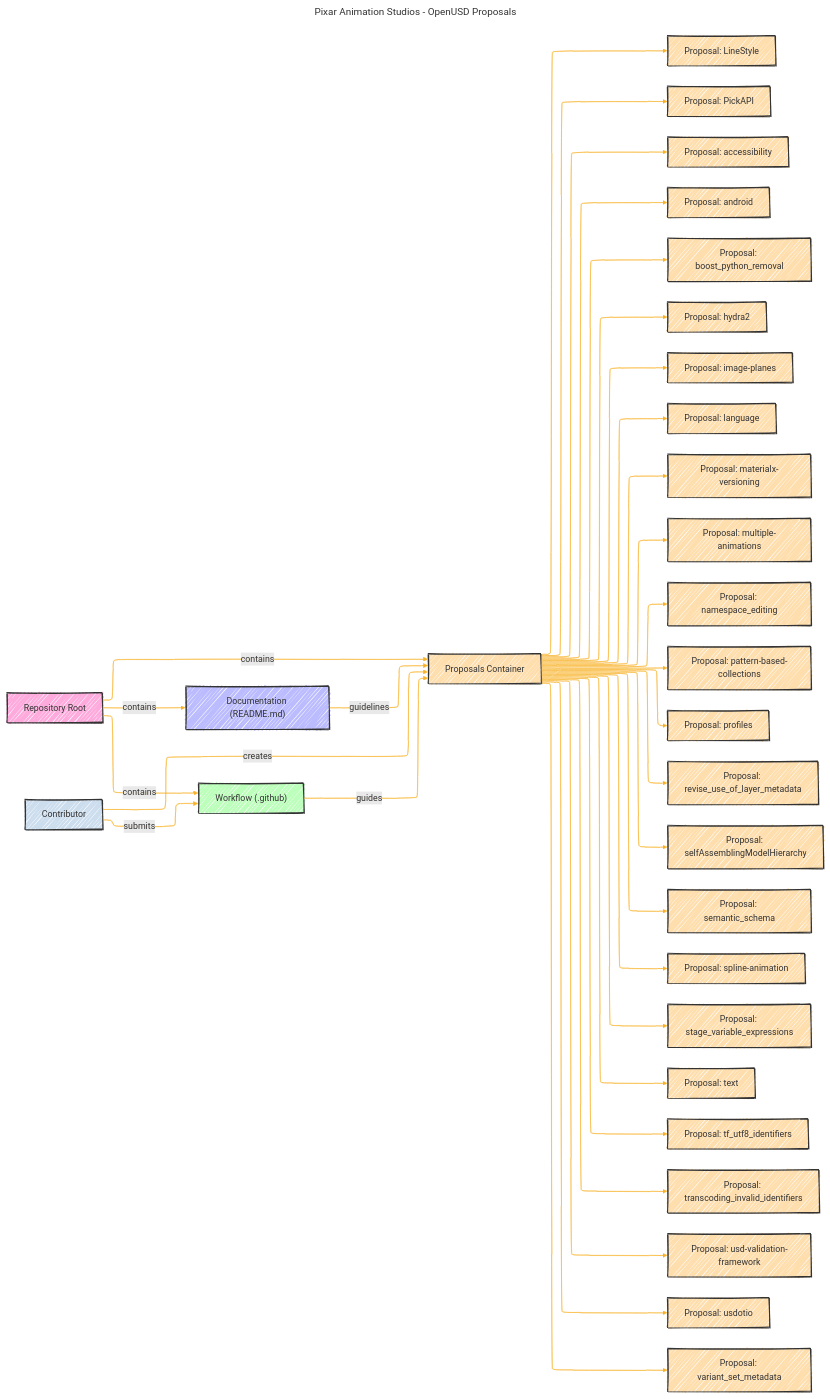
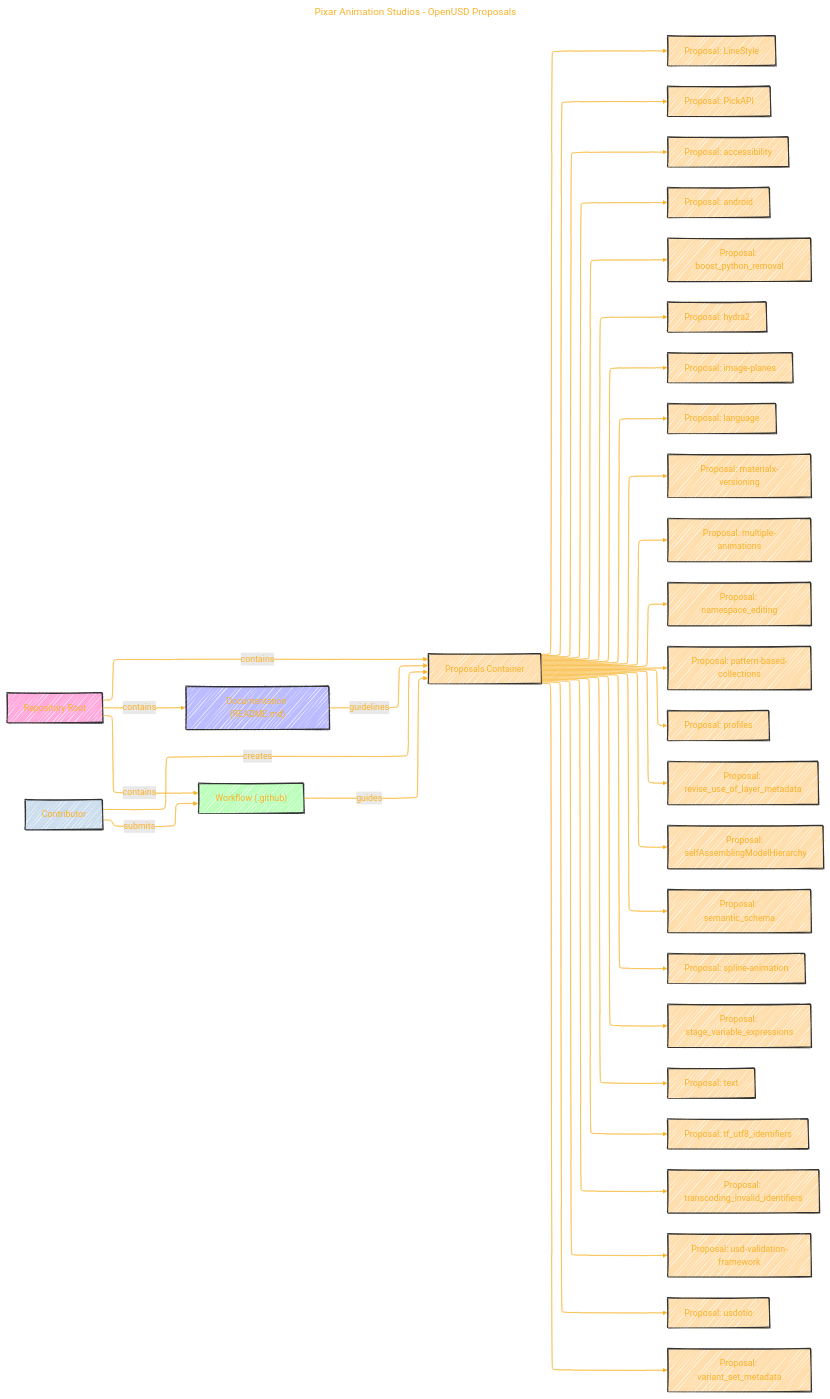
The diagram in PixarAnimationStudios/OpenUSD-proposals.md (CongLeSolutionX/ArchExplorer), drawn with Mermaid before and after one commit.

```diff
--- a/PixarAnimationStudios/OpenUSD-proposals.md
+++ b/PixarAnimationStudios/OpenUSD-proposals.md
@@ -54,7 +54,8 @@
     'flowchart': {'htmlLabels': true, 'curve': 'basis' },
     'fontFamily': 'Fantasy',
     'themeVariables': {
-      'lineColor': '#F8B229'
+      'lineColor': '#F8B229',
+      'textColor': '#F8B229'
     }
   }
 }%%
```
